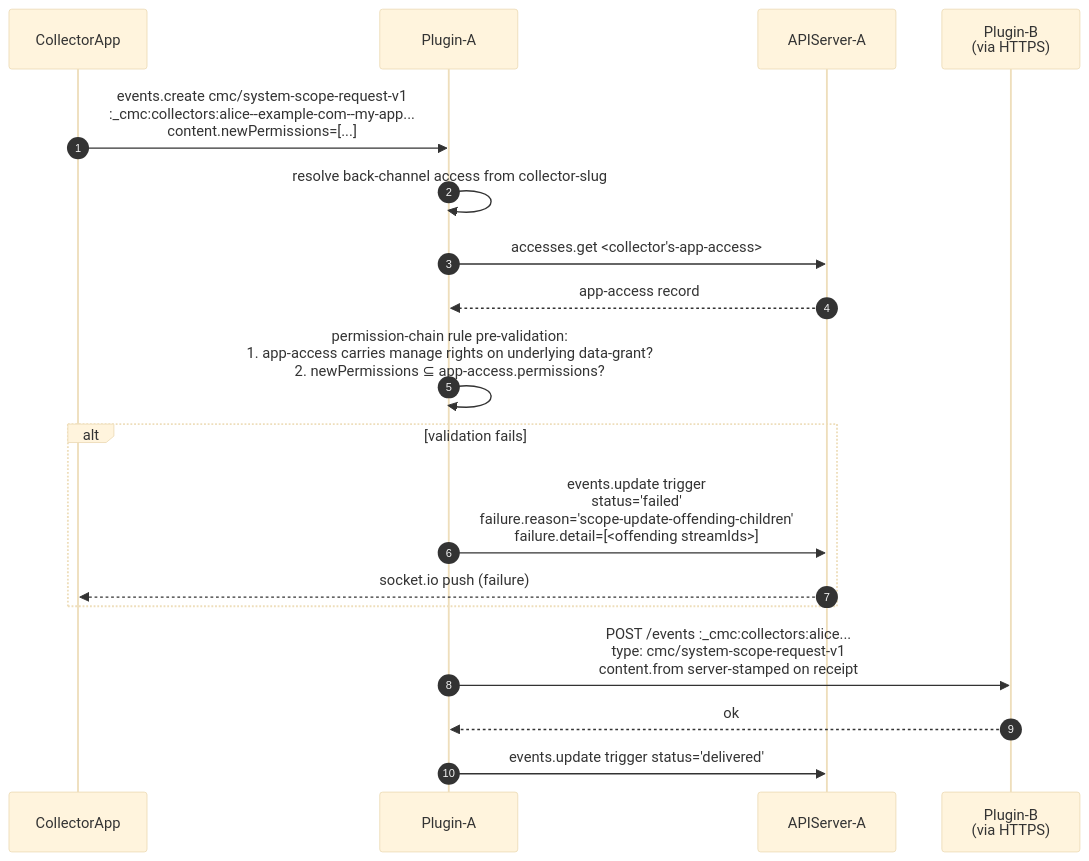
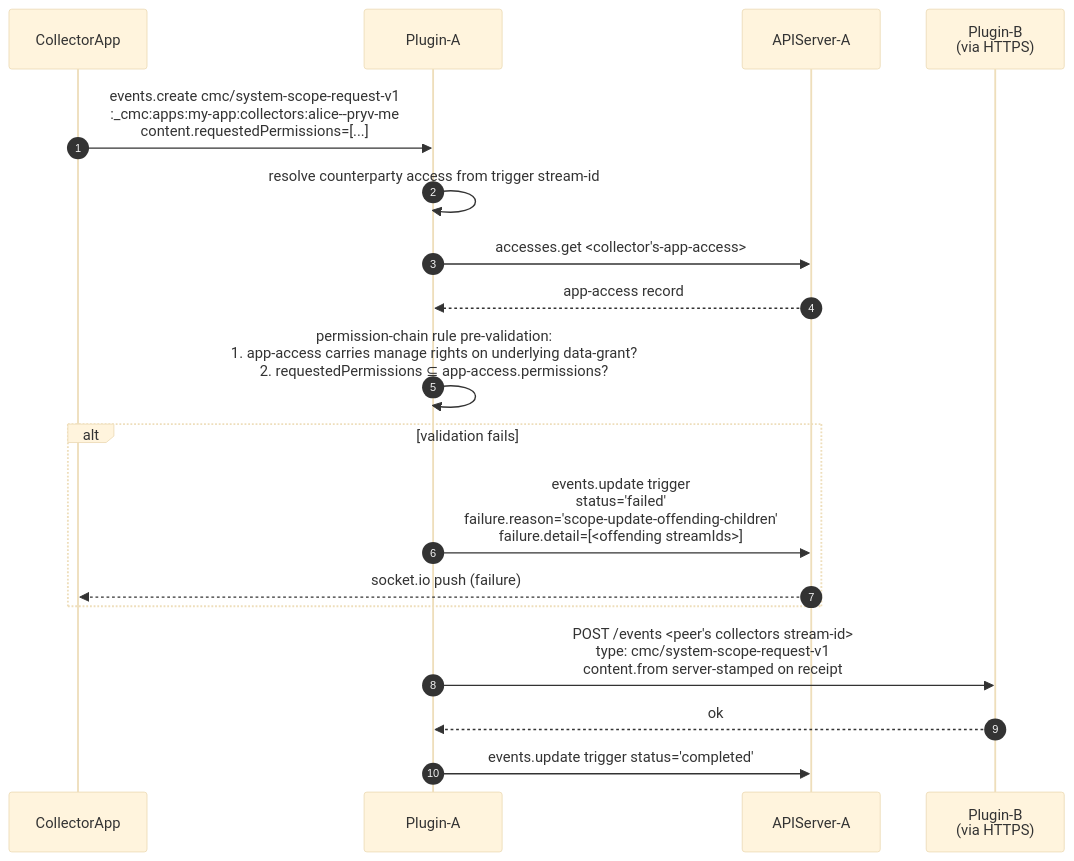
Before and after one commit to pryv/open-pryv.io: the eighth of 14 diagrams in components/cmc/INTERNALS.md, drawn with Mermaid (base theme). The commit also changed other lines of this file and 2 other files, not shown here.

First line of the commit message:
plan 68 — docs: rewrite to nested-under-apps namespace

````diff
--- a/components/cmc/INTERNALS.md
+++ b/components/cmc/INTERNALS.md
@@ -363,21 +359,21 @@
 ```mermaid
 sequenceDiagram
     autonumber
     participant CollectorApp
     participant Plugin as Plugin-A
     participant APIServer as APIServer-A
     participant Peer as Plugin-B<br/>(via HTTPS)
 
-    CollectorApp->>Plugin: events.create cmc/system-scope-request-v1<br/>:_cmc:collectors:alice--example-com--my-app...<br/>content.newPermissions=[...]
-    Plugin->>Plugin: resolve back-channel access from collector-slug
+    CollectorApp->>Plugin: events.create cmc/system-scope-request-v1<br/>:_cmc:apps:my-app:collectors:alice--pryv-me<br/>content.requestedPermissions=[...]
+    Plugin->>Plugin: resolve counterparty access from trigger stream-id
     Plugin->>APIServer: accesses.get <collector's-app-access>
     APIServer-->>Plugin: app-access record
-    Plugin->>Plugin: permission-chain rule pre-validation:<br/>1. app-access carries manage rights on underlying data-grant?<br/>2. newPermissions ⊆ app-access.permissions?
+    Plugin->>Plugin: permission-chain rule pre-validation:<br/>1. app-access carries manage rights on underlying data-grant?<br/>2. requestedPermissions ⊆ app-access.permissions?
     alt validation fails
         Plugin->>APIServer: events.update trigger<br/>status='failed'<br/>failure.reason='scope-update-offending-children'<br/>failure.detail=[<offending streamIds>]
         APIServer-->>CollectorApp: socket.io push (failure)
     end
-    Plugin->>Peer: POST /events :_cmc:collectors:alice...<br/>type: cmc/system-scope-request-v1<br/>content.from server-stamped on receipt
+    Plugin->>Peer: POST /events <peer's collectors stream-id><br/>type: cmc/system-scope-request-v1<br/>content.from server-stamped on receipt
     Peer-->>Plugin: ok
-    Plugin->>APIServer: events.update trigger status='delivered'
+    Plugin->>APIServer: events.update trigger status='completed'
 ```
````
